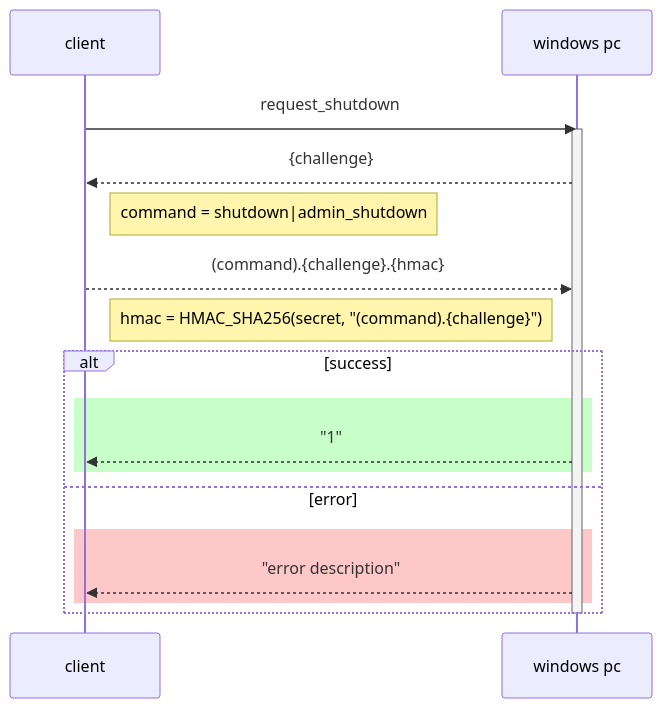
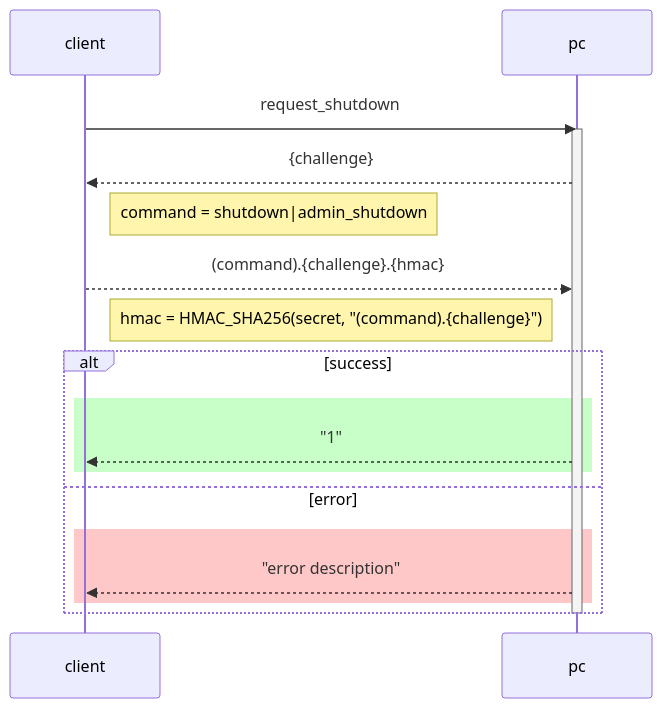
Before and after one commit to tripplet/remote-shutdown: the diagram in doc/sequence.mmd, drawn with Mermaid.

Commit message:
Update sequence diagram for shutdown process

```diff
--- a/doc/sequence.mmd
+++ b/doc/sequence.mmd
@@ -1,19 +1,19 @@
 sequenceDiagram
-    client->>windows pc: request_shutdown
-    activate windows pc
-    windows pc-->>client: {challenge}
+    client->>pc: request_shutdown
+    activate pc
+    pc-->>client: {challenge}
 
     Note right of client: command = shutdown|admin_shutdown
-    client-->>windows pc: (command).{challenge}.{hmac}
+    client-->>pc: (command).{challenge}.{hmac}
 
     Note right of client: hmac = HMAC_SHA256(secret, "(command).{challenge}")
     alt success
         rect rgb(200, 255, 200)
-            windows pc-->>client: "1"
+            pc-->>client: "1"
         end
     else error
         rect rgb(255, 200, 200)
-            windows pc-->>client: "error description"
+            pc-->>client: "error description"
         end
     end
-    deactivate windows pc
+    deactivate pc
```
